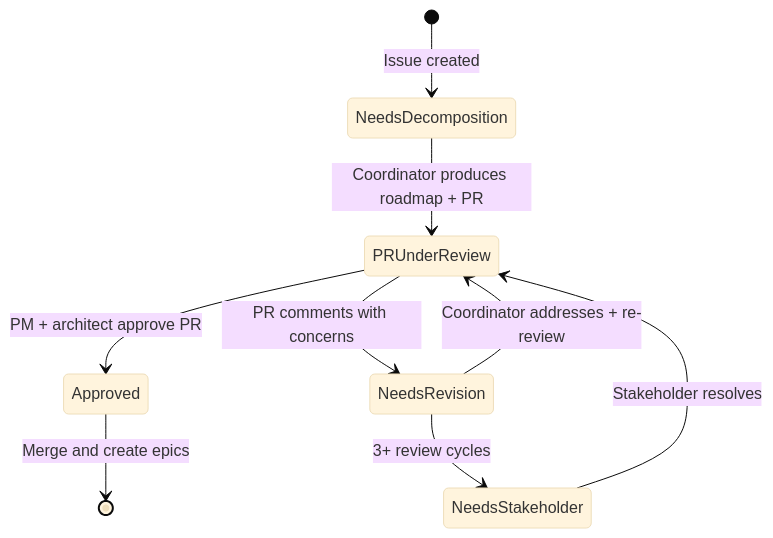
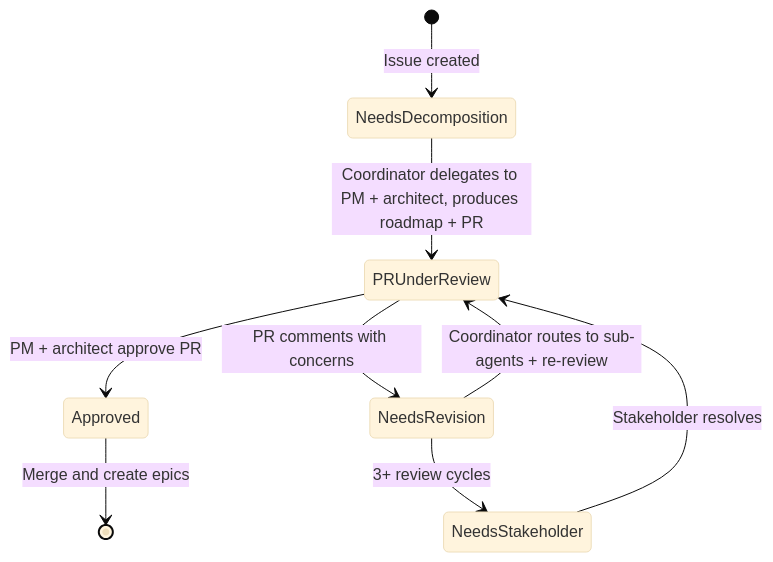
The eighth of 12 diagrams in docs/research/pipeline-redesign-v2.md (themachinagod/andgasm-claude-orchestration-project), drawn with Mermaid (base theme) before and after one commit. The commit also changed other lines of this file, not shown here.

First line of the commit message:
docs: align pipeline-redesign-v2 with coordinator-as-process-manager

````diff
--- a/docs/research/pipeline-redesign-v2.md
+++ b/docs/research/pipeline-redesign-v2.md
@@ -468,11 +471,11 @@
 ```mermaid
 stateDiagram-v2
     [*] --> NeedsDecomposition : Issue created
-    NeedsDecomposition --> PRUnderReview : Coordinator produces roadmap + PR
+    NeedsDecomposition --> PRUnderReview : Coordinator delegates to PM + architect, produces roadmap + PR
     PRUnderReview --> Approved : PM + architect approve PR
     PRUnderReview --> NeedsRevision : PR comments with concerns
-    NeedsRevision --> PRUnderReview : Coordinator addresses + re-review
+    NeedsRevision --> PRUnderReview : Coordinator routes to sub-agents + re-review
     NeedsRevision --> NeedsStakeholder : 3+ review cycles
     NeedsStakeholder --> PRUnderReview : Stakeholder resolves
     Approved --> [*] : Merge and create epics
 ```
````
